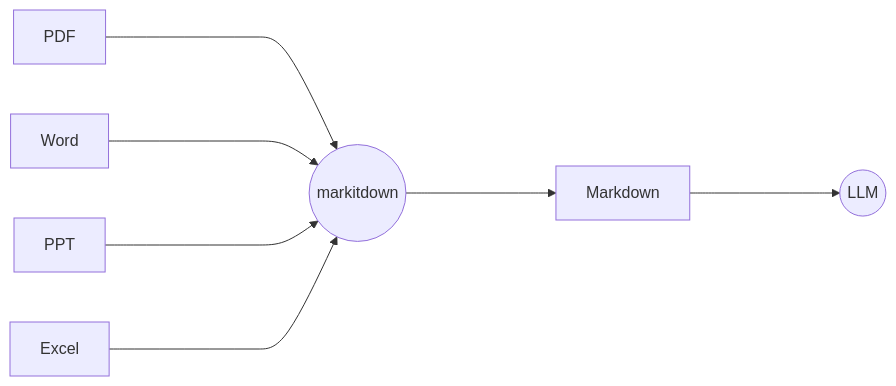
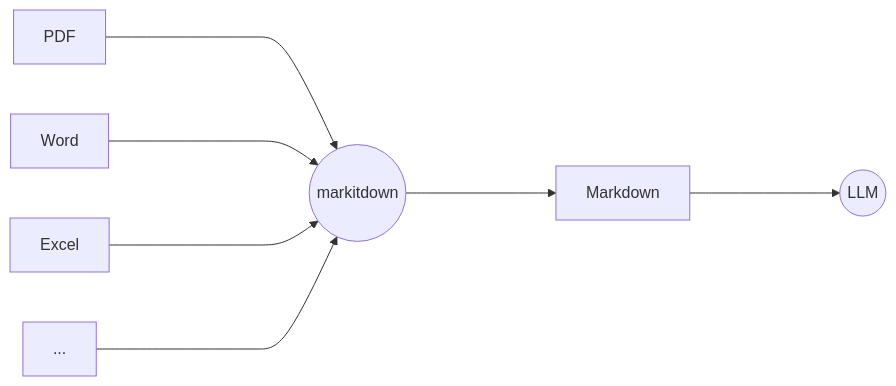
The diagram in docs/final/slides.md (OSH-2025/iosys), drawn with Mermaid before and after one commit. The commit also changed other lines of this file and 6 other files, not shown here.

````diff
--- a/docs/final/slides.md
+++ b/docs/final/slides.md
@@ -202,8 +201,8 @@
 ```mermaid {scale:0.6}
 graph LR;
 A[PDF] -----> E((markitdown))
 B[Word] -----> E
-C[PPT] -----> E
 D[Excel] -----> E
+X[...] -----> E
 E ----> F[Markdown] ----> G((LLM))
 ```
````
